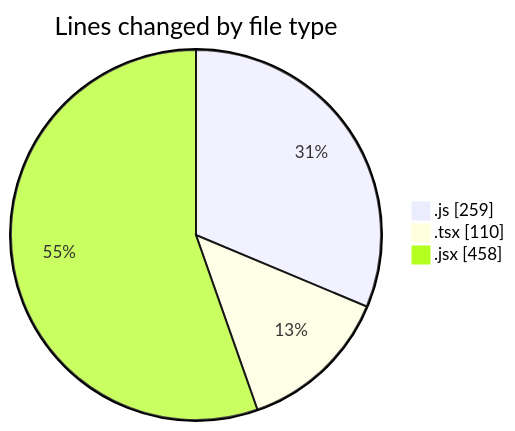
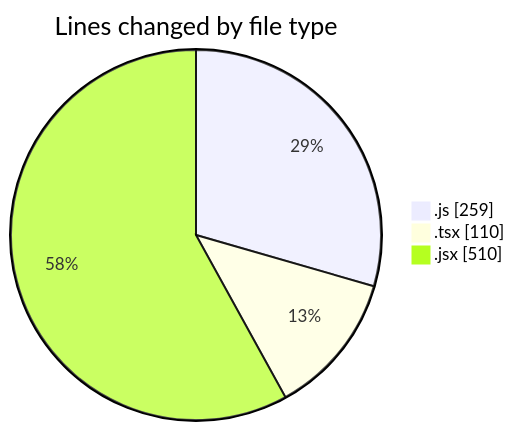
Before and after one commit to momahboobian/code-tracking: the first of 2 diagrams in 2026-03-12/cda/README.md, drawn with Mermaid. The commit also changed other lines of this file and 1 other file, not shown here.

````diff
--- a/2026-03-12/cda/README.md
+++ b/2026-03-12/cda/README.md
@@ -28,7 +28,7 @@
 ```mermaid
 pie showData
 title Lines changed by file type
 ".js" : 259
 ".tsx" : 110
-".jsx" : 458
+".jsx" : 510
 ```
````
